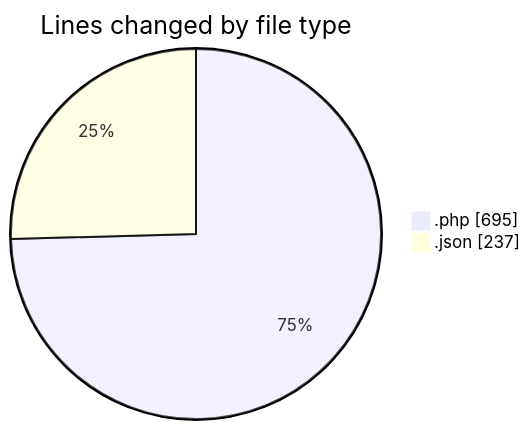
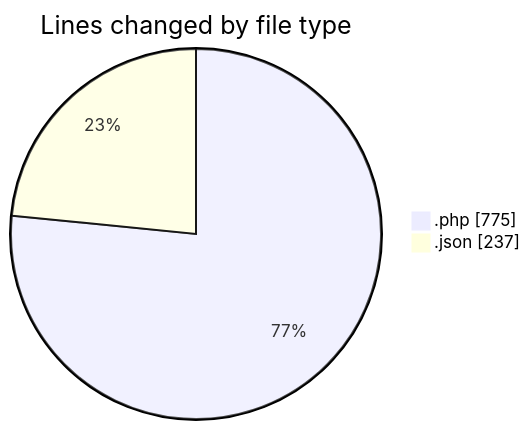
Before and after one commit to idhammustaqopulfikri/code-tracking: the first of 2 diagrams in 2025-06-17/studio-backend/README.md, drawn with Mermaid. The commit also changed other lines of this file and 1 other file, not shown here.

````diff
--- a/2025-06-17/studio-backend/README.md
+++ b/2025-06-17/studio-backend/README.md
@@ -22,6 +23,6 @@
 ```mermaid
 pie showData
 title Lines changed by file type
-".php" : 695
+".php" : 775
 ".json" : 237
 ```
````
